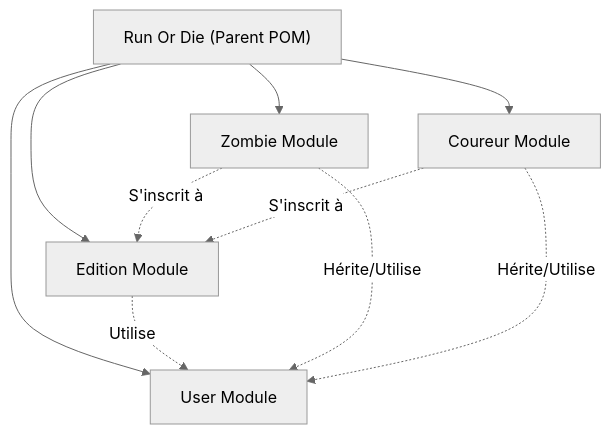
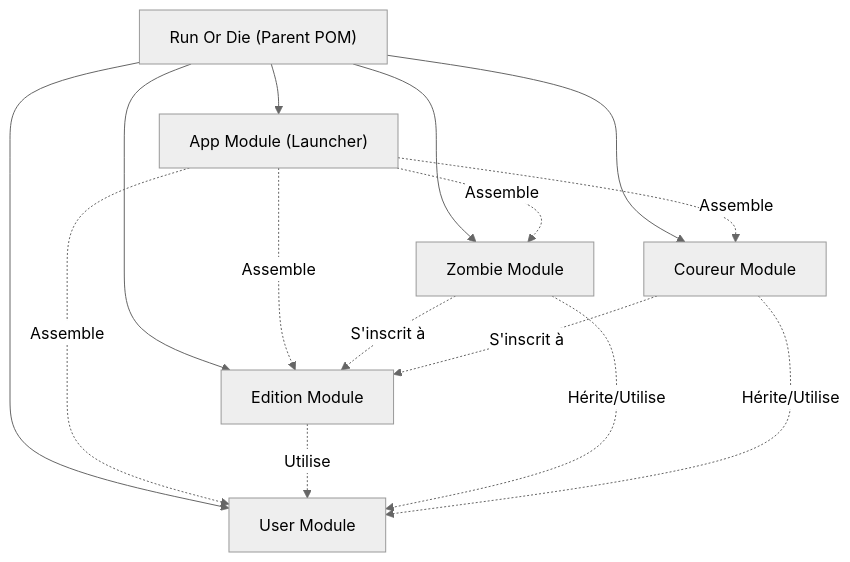
One commit to VictorAgahi/ZombieGame changed the first of 3 diagrams in README.md. Above: the diagram before and after it, drawn with Mermaid (neutral theme). The commit also changed other lines of this file and 5 other files, not shown here.

Commit message:
feat: extract main application class into dedicated app module and update README

````diff
--- a/README.md
+++ b/README.md
@@ -42,13 +42,19 @@
 ```mermaid
 graph TD
-    A["Run Or Die (Parent POM)"] --> B["User Module"]
+    A["Run Or Die (Parent POM)"] --> APP["App Module (Launcher)"]
+    A --> B["User Module"]
     A --> C["Edition Module"]
     A --> D["Zombie Module"]
     A --> E["Coureur Module"]
+    
+    APP -.->|Assemble| B
+    APP -.->|Assemble| C
+    APP -.->|Assemble| D
+    APP -.->|Assemble| E
     
     C -.->|Utilise| B
     D -.->|S'inscrit à| C
     E -.->|S'inscrit à| C
     D -.->|Hérite/Utilise| B
     E -.->|Hérite/Utilise| B
 ```
````
